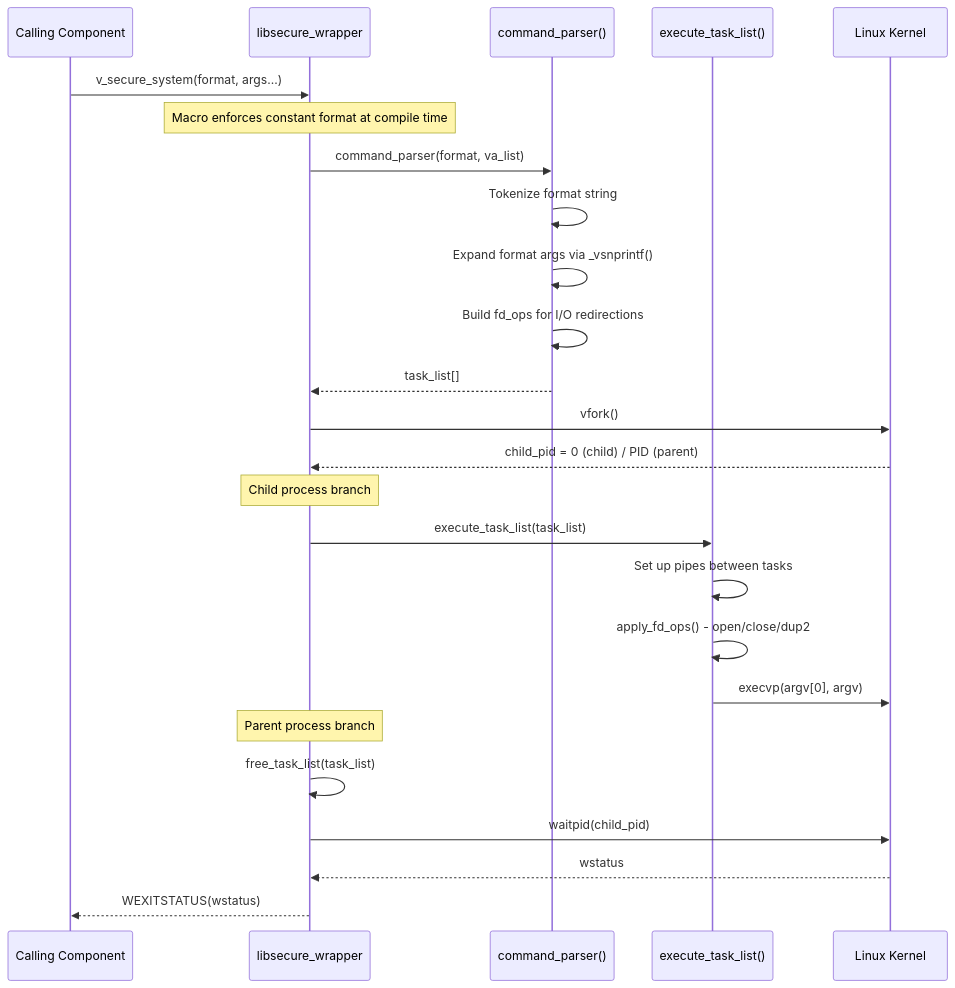
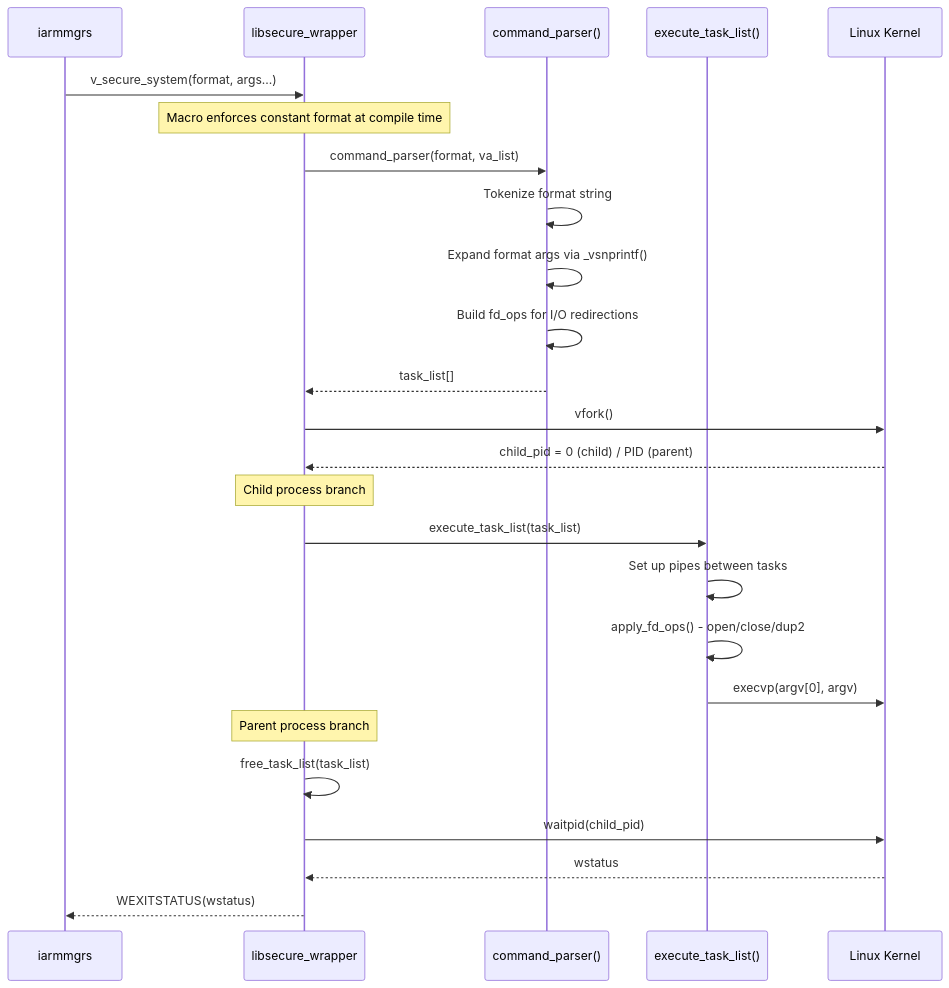
One commit to rns21/RDK_Documentation changed the fifth of 7 diagrams in docs/docu/RDKV-Documentations/libsyscallwrapper.md. Above: the diagram before and after it, drawn with Mermaid. The commit also changed other lines of this file, not shown here.

````diff
--- a/docs/docu/RDKV-Documentations/libsyscallwrapper.md
+++ b/docs/docu/RDKV-Documentations/libsyscallwrapper.md
@@ -203,31 +194,31 @@
 ```mermaid
 sequenceDiagram
-    participant Client as Calling Component
+    participant Client as iarmmgrs
     participant Lib as libsecure_wrapper
     participant Parser as command_parser()
     participant Executor as execute_task_list()
     participant OS as Linux Kernel
 
     Client->>Lib: v_secure_system(format, args...)
     Note over Lib: Macro enforces constant format at compile time
     Lib->>Parser: command_parser(format, va_list)
     Parser->>Parser: Tokenize format string
     Parser->>Parser: Expand format args via _vsnprintf()
     Parser->>Parser: Build fd_ops for I/O redirections
     Parser-->>Lib: task_list[]
 
     Lib->>OS: vfork()
     OS-->>Lib: child_pid = 0 (child) / PID (parent)
 
     Note over Lib: Child process branch
     Lib->>Executor: execute_task_list(task_list)
     Executor->>Executor: Set up pipes between tasks
     Executor->>Executor: apply_fd_ops() - open/close/dup2
     Executor->>OS: execvp(argv[0], argv)
 
     Note over Lib: Parent process branch
     Lib->>Lib: free_task_list(task_list)
     Lib->>OS: waitpid(child_pid)
     OS-->>Lib: wstatus
     Lib-->>Client: WEXITSTATUS(wstatus)
 ```
````
